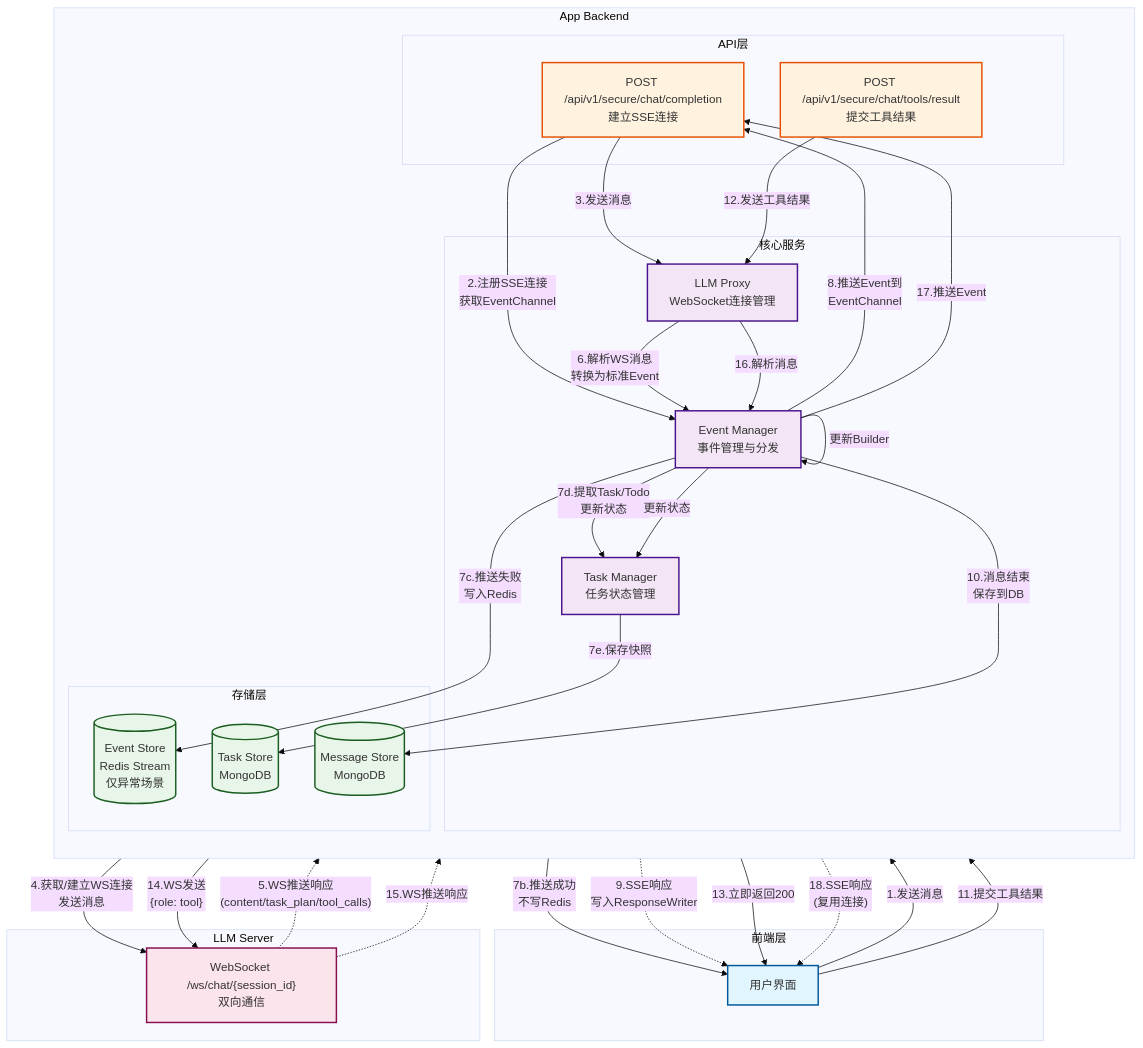
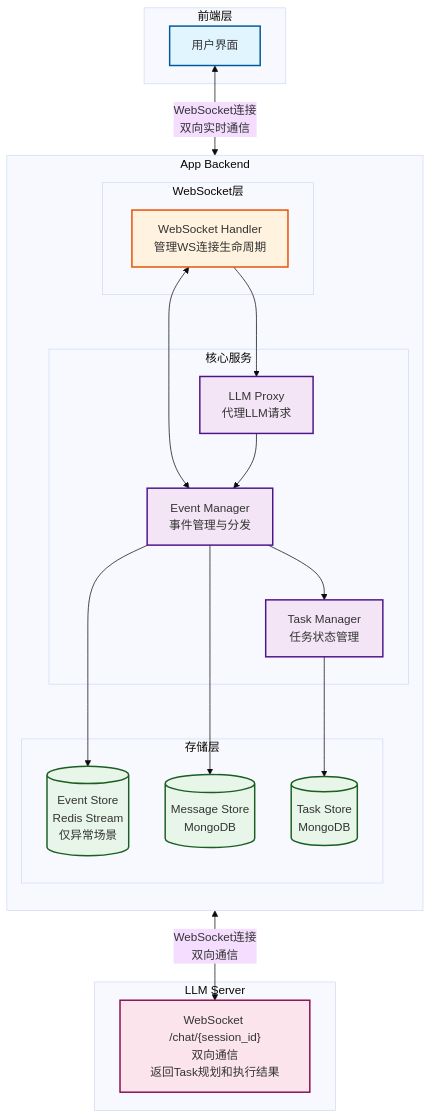
The diagram in all/未命名-10.md (yingjianzh/iodraw-files), drawn with Mermaid (base theme) before and after one commit.

Commit message:
2025-12-25 16:46:51 update

````diff
--- a/all/未命名-10.md
+++ b/all/未命名-10.md
@@ -1,77 +1,54 @@
 ```mermaid
 graph TB
   subgraph "前端层"
     UI[用户界面]
   end
 
   subgraph "App Backend"
     direction TB
 
-    subgraph "API层"
-      ChatAPI["POST /api/v1/secure/chat/completion<br/>建立SSE连接"]
-      ToolAPI["POST /api/v1/secure/chat/tools/result<br/>提交工具结果"]
+    subgraph "WebSocket层"
+      WSHandler["WebSocket Handler<br/>管理WS连接生命周期"]
     end
 
     subgraph "核心服务"
       EventMgr["Event Manager<br/>事件管理与分发"]
       TaskMgr["Task Manager<br/>任务状态管理"]
-      LLMProxy["LLM Proxy<br/>WebSocket连接管理"]
+      LLMProxy["LLM Proxy<br/>代理LLM请求"]
     end
 
     subgraph "存储层"
       EventStore[("Event Store<br/>Redis Stream<br/>仅异常场景")]
       TaskStore[("Task Store<br/>MongoDB")]
       MessageStore[("Message Store<br/>MongoDB")]
     end
   end
 
   subgraph "LLM Server"
-    LLMAPI["WebSocket /ws/chat/{session_id}<br/>双向通信"]
+    LLMWS["WebSocket /chat/{session_id}<br/>双向通信<br/>返回Task规划和执行结果"]
   end
 
-%% ===== 用户发送消息流程 =====
-  UI -->|"1.发送消息"| ChatAPI
-  ChatAPI -->|"2.注册SSE连接<br/>获取EventChannel"| EventMgr
-  ChatAPI -->|"3.发送消息"| LLMProxy
-
-  LLMProxy -->|"4.获取/建立WS连接<br/>发送消息"| LLMAPI
-  LLMAPI -.->|"5.WS推送响应<br/>(content/task_plan/tool_calls)"| LLMProxy
-
-  LLMProxy -->|"6.解析WS消息<br/>转换为标准Event"| EventMgr
-  EventMgr -->|"7a.更新MessageBuilder<br/>边推送边合并"| EventMgr
-  EventMgr -->|"7b.推送成功<br/>不写Redis"| UI
-  EventMgr -->|"7c.推送失败<br/>写入Redis"| EventStore
-  EventMgr -->|"7d.提取Task/Todo<br/>更新状态"| TaskMgr
-  TaskMgr -->|"7e.保存快照"| TaskStore
-
-  EventMgr -->|"8.推送Event到<br/>EventChannel"| ChatAPI
-  ChatAPI -.->|"9.SSE响应<br/>写入ResponseWriter"| UI
-
-  EventMgr -->|"10.消息结束<br/>保存到DB"| MessageStore
-
-%% ===== 工具调用流程 =====
-  UI -->|"11.提交工具结果"| ToolAPI
-
-  ToolAPI -->|"12.发送工具结果"| LLMProxy
-  ToolAPI -->|"13.立即返回200"| UI
-
-  LLMProxy -->|"14.WS发送<br/>{role: tool}"| LLMAPI
-  LLMAPI -.->|"15.WS推送响应"| LLMProxy
-  LLMProxy -->|"16.解析消息"| EventMgr
-  EventMgr -->|"更新Builder"| EventMgr
-  EventMgr -->|"更新状态"| TaskMgr
-  EventMgr -->|"17.推送Event"| ChatAPI
-  ChatAPI -.->|"18.SSE响应<br/>(复用连接)"| UI
+  UI <-->|"WebSocket连接<br/>双向实时通信"| WSHandler
+  WSHandler <--> EventMgr
+  WSHandler --> LLMProxy
+  
+  LLMProxy <-->|"WebSocket连接<br/>双向通信"| LLMWS
+  
+  LLMProxy --> EventMgr
+  EventMgr --> TaskMgr
+  EventMgr --> EventStore
+  EventMgr --> MessageStore
+  TaskMgr --> TaskStore
 
   classDef frontend fill:#e1f5ff,stroke:#01579b,stroke-width:2px
-  classDef api fill:#fff3e0,stroke:#e65100,stroke-width:2px
+  classDef ws fill:#fff3e0,stroke:#e65100,stroke-width:2px
   classDef service fill:#f3e5f5,stroke:#4a148c,stroke-width:2px
   classDef storage fill:#e8f5e9,stroke:#1b5e20,stroke-width:2px
   classDef llm fill:#fce4ec,stroke:#880e4f,stroke-width:2px
 
   class UI frontend
-  class ChatAPI,ToolAPI api
+  class WSHandler ws
   class EventMgr,TaskMgr,LLMProxy service
   class EventStore,TaskStore,MessageStore storage
-  class LLMAPI llm
+  class LLMWS llm
 ```
````
